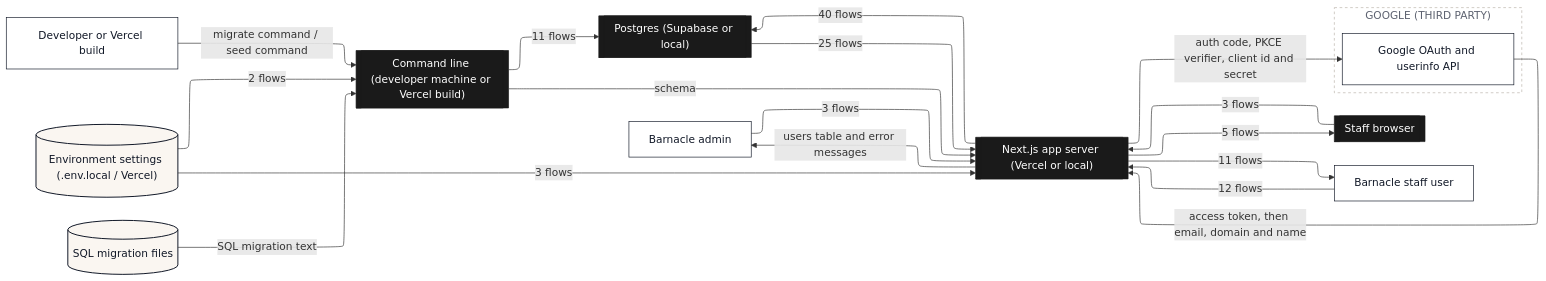
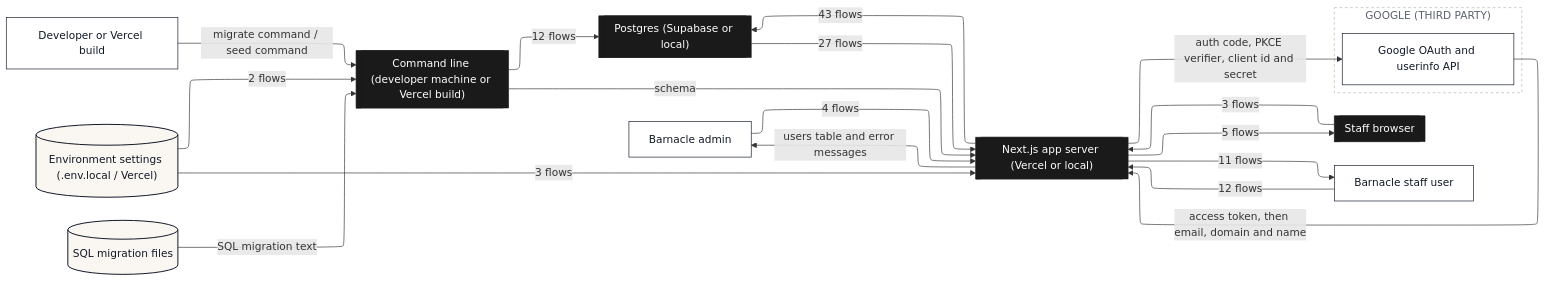
The second of 10 diagrams in dataflow/DATAFLOW.md (Romain-Perche/Barnacle-Pipe), drawn with Mermaid before and after one commit. The commit also changed other lines of this file and 12 other files, not shown here.

````diff
--- a/dataflow/DATAFLOW.md
+++ b/dataflow/DATAFLOW.md
@@ -95,45 +96,45 @@
 ```mermaid
 ---
 config:
   layout: elk
 ---
 flowchart LR
     n1[["Next.js app server (Vercel or local)"]]
     n2[["Staff browser"]]
     n3[["Command line (developer machine or Vercel build)"]]
     n4[["Postgres (Supabase or local)"]]
     n5["Barnacle admin"]
     n6["Developer or Vercel build"]
     n7[("Environment settings (.env.local / Vercel)")]
     n8[("SQL migration files")]
     n9["Barnacle staff user"]
     subgraph z1["GOOGLE (THIRD PARTY)"]
         n10["Google OAuth and userinfo API"]
     end
-    n1 -->|"40 flows"| n4
+    n1 -->|"43 flows"| n4
     n1 -->|"11 flows"| n9
-    n4 -->|"25 flows"| n1
-    n5 -->|"3 flows"| n1
+    n4 -->|"27 flows"| n1
+    n5 -->|"4 flows"| n1
     n2 -->|"3 flows"| n1
     n6 -->|"migrate command / seed command"| n3
     n7 -->|"3 flows"| n1
     n7 -->|"2 flows"| n3
     n1 -->|"5 flows"| n2
     n1 -->|"auth code, PKCE verifier, client id and secret"| n10
     n10 -->|"access token, then email, domain and name"| n1
-    n3 -->|"11 flows"| n4
+    n3 -->|"12 flows"| n4
     n3 -->|"schema"| n1
     n8 -->|"SQL migration text"| n3
     n9 -->|"12 flows"| n1
     n1 -->|"users table and error messages"| n5
     classDef actor fill:#FFFFFF,stroke:#111827,stroke-width:1px,color:#111827
     classDef process fill:#EDEAFF,stroke:#2B00FF,stroke-width:1.5px,color:#111827
     classDef store fill:#FAF6F1,stroke:#111827,stroke-width:1.5px,color:#111827
     classDef zone fill:#1A1A1A,stroke:#1A1A1A,color:#FFFFFF
     classDef group fill:#2B00FF,stroke:#2B00FF,color:#FFFFFF
     classDef stub fill:#FFFFFF,stroke:#2B00FF,stroke-width:1.5px,stroke-dasharray:5 4,color:#2B00FF
     class n5,n6,n9,n10 actor
     class n7,n8 store
     class n1,n2,n3,n4 zone
     style z1 fill:#FFFFFF,stroke:#B9B2A8,stroke-dasharray:4 4,color:#5D6270
 ```
````
